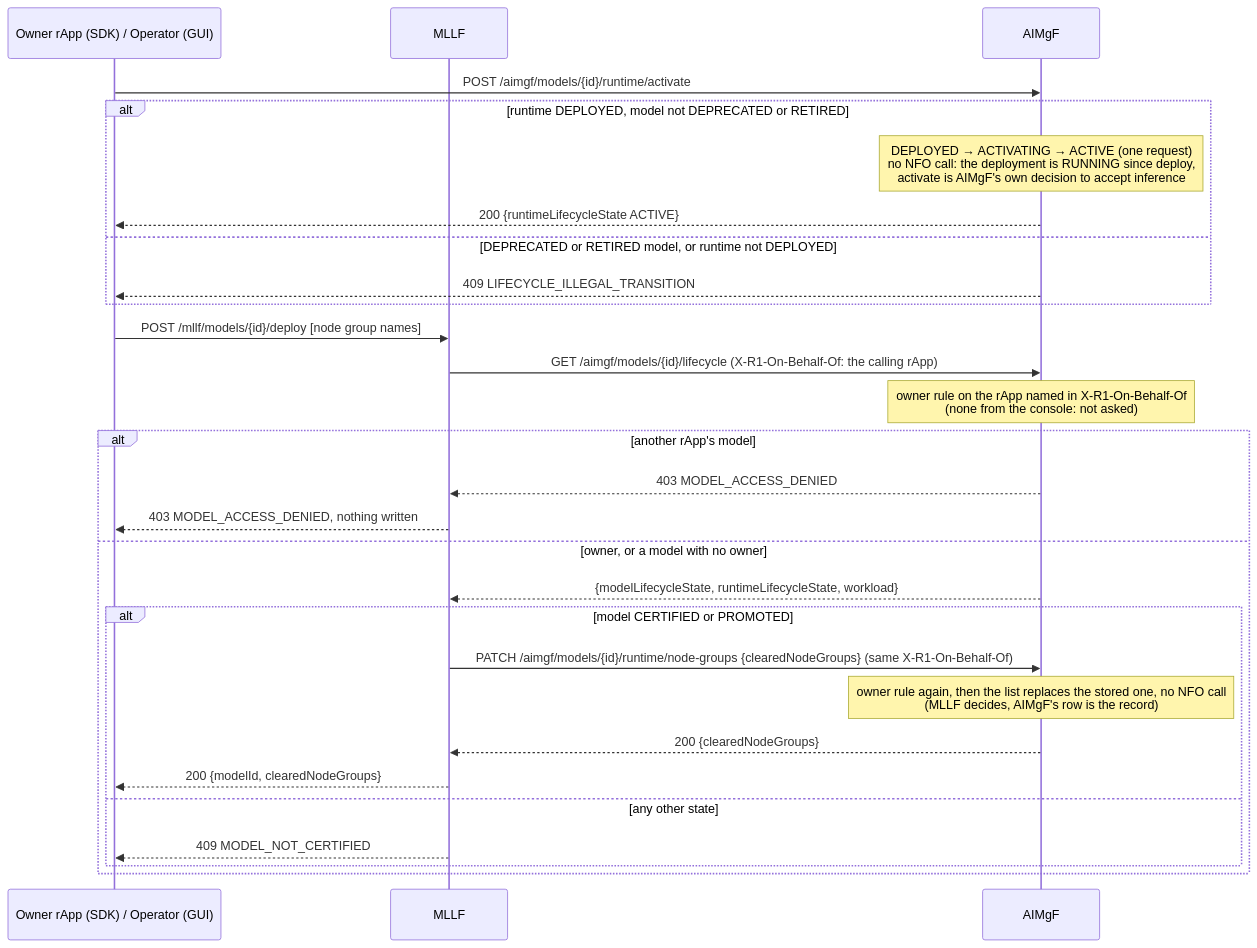
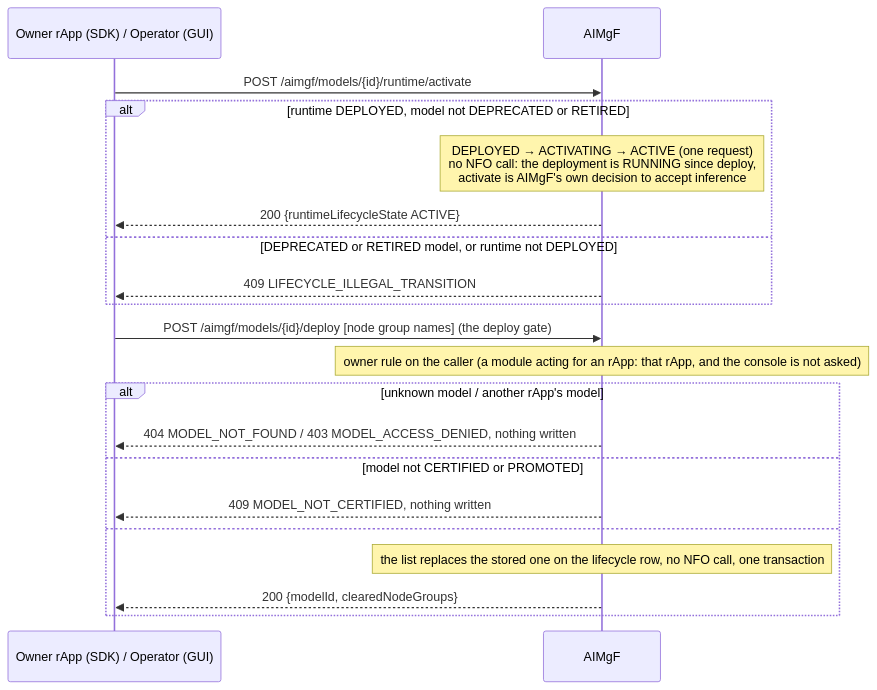
The second of 5 diagrams in smo/docs/call-flows/17-model-runtime-lifecycle.md (rsys-bshankar/ai-ran-smo), drawn with Mermaid before and after one commit. The commit also changed other lines of this file and 265 other files, not shown here.

First line of the commit message:
Every caller on /aimgf; MLMR and MLLF removed (S2.4, S2.8, S2.9) (#569)

````diff
--- a/smo/docs/call-flows/17-model-runtime-lifecycle.md
+++ b/smo/docs/call-flows/17-model-runtime-lifecycle.md
@@ -87,32 +85,24 @@
 ```mermaid
 sequenceDiagram
     participant C as Owner rApp (SDK) / Operator (GUI)
-    participant MLLF as MLLF
     participant AIM as AIMgF
 
     C->>AIM: POST /aimgf/models/{id}/runtime/activate
     alt runtime DEPLOYED, model not DEPRECATED or RETIRED
         Note over AIM: DEPLOYED → ACTIVATING → ACTIVE (one request)<br/>no NFO call: the deployment is RUNNING since deploy,<br/>activate is AIMgF's own decision to accept inference
         AIM-->>C: 200 {runtimeLifecycleState ACTIVE}
     else DEPRECATED or RETIRED model, or runtime not DEPLOYED
         AIM-->>C: 409 LIFECYCLE_ILLEGAL_TRANSITION
     end
 
-    C->>MLLF: POST /mllf/models/{id}/deploy [node group names]
-    MLLF->>AIM: GET /aimgf/models/{id}/lifecycle (X-R1-On-Behalf-Of: the calling rApp)
-    Note over AIM: owner rule on the rApp named in X-R1-On-Behalf-Of<br/>(none from the console: not asked)
-    alt another rApp's model
-        AIM-->>MLLF: 403 MODEL_ACCESS_DENIED
-        MLLF-->>C: 403 MODEL_ACCESS_DENIED, nothing written
-    else owner, or a model with no owner
-        AIM-->>MLLF: {modelLifecycleState, runtimeLifecycleState, workload}
-        alt model CERTIFIED or PROMOTED
-            MLLF->>AIM: PATCH /aimgf/models/{id}/runtime/node-groups {clearedNodeGroups} (same X-R1-On-Behalf-Of)
-            Note over AIM: owner rule again, then the list replaces the stored one, no NFO call<br/>(MLLF decides, AIMgF's row is the record)
-            AIM-->>MLLF: 200 {clearedNodeGroups}
-            MLLF-->>C: 200 {modelId, clearedNodeGroups}
-        else any other state
-            MLLF-->>C: 409 MODEL_NOT_CERTIFIED
-        end
+    C->>AIM: POST /aimgf/models/{id}/deploy [node group names] (the deploy gate)
+    Note over AIM: owner rule on the caller (a module acting for an rApp: that rApp, and the console is not asked)
+    alt unknown model / another rApp's model
+        AIM-->>C: 404 MODEL_NOT_FOUND / 403 MODEL_ACCESS_DENIED, nothing written
+    else model not CERTIFIED or PROMOTED
+        AIM-->>C: 409 MODEL_NOT_CERTIFIED, nothing written
+    else
+        Note over AIM: the list replaces the stored one on the lifecycle row, no NFO call, one transaction
+        AIM-->>C: 200 {modelId, clearedNodeGroups}
     end
 ```
````
